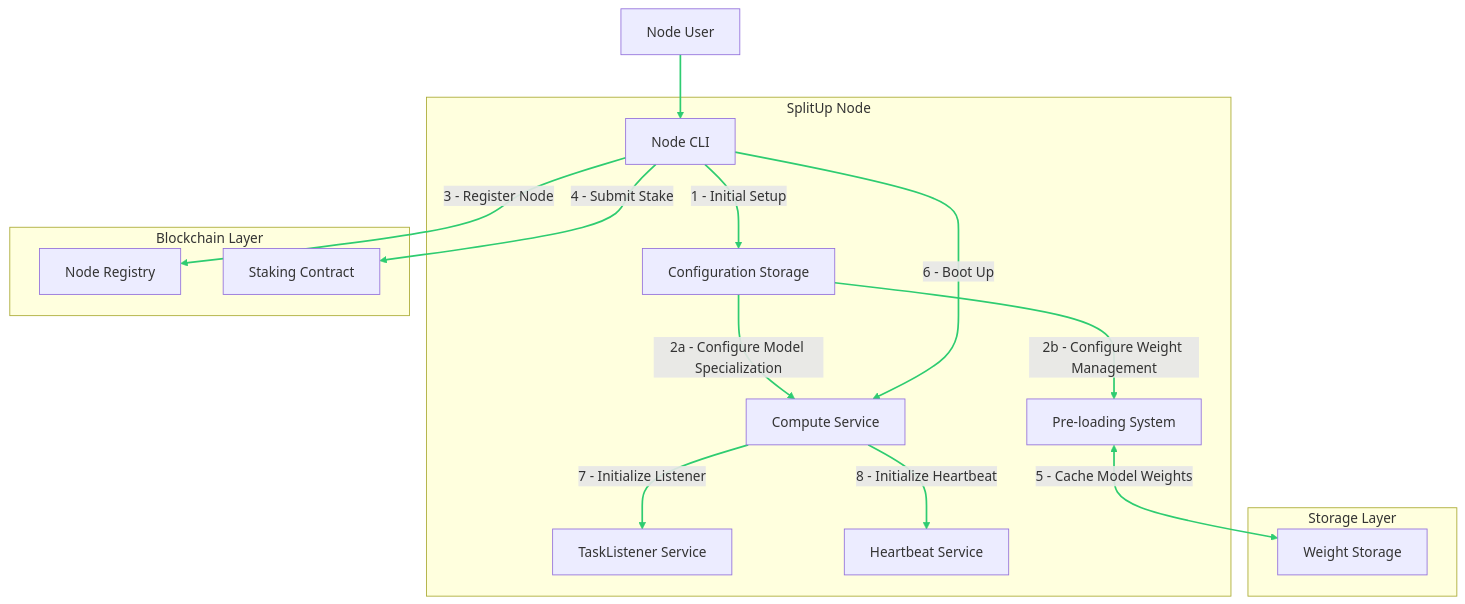
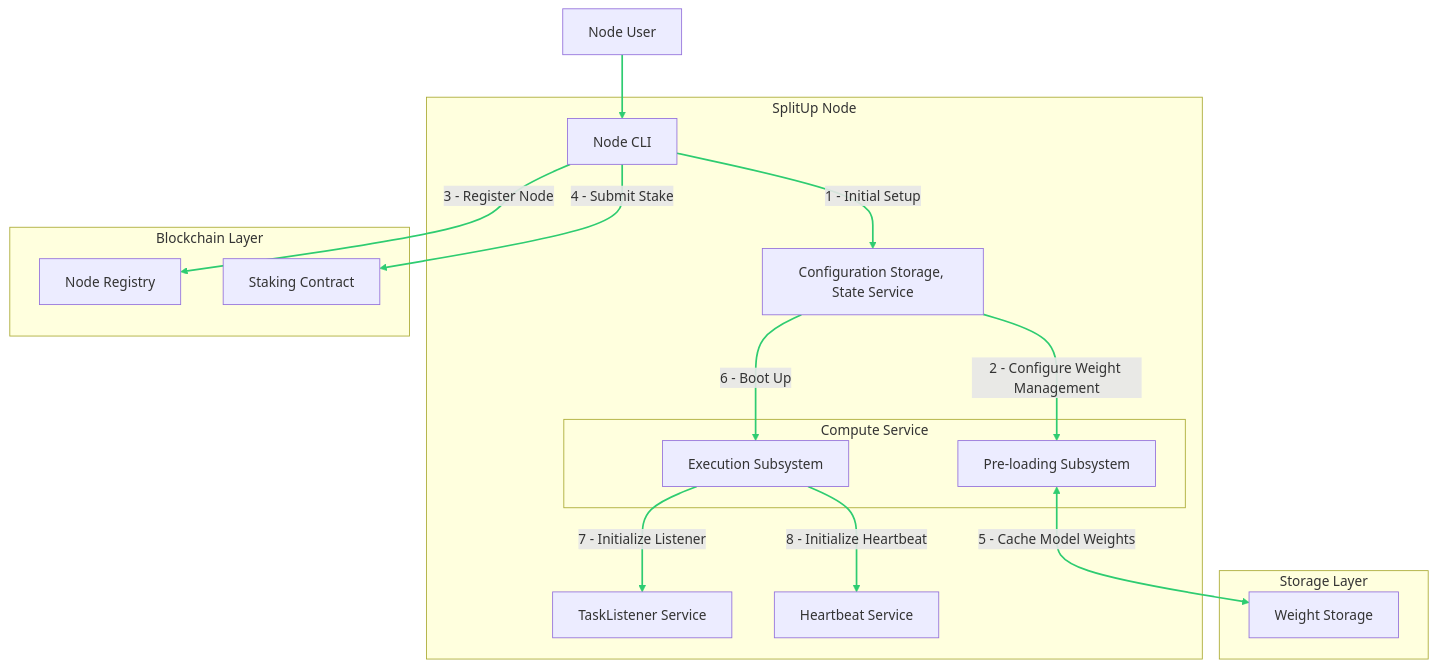
The third of 6 diagrams in system_diagrams/main.md (ToxicPine/planning-win), drawn with Mermaid before and after one commit. The commit also changed other lines of this file and 13 other files, not shown here.

````diff
--- a/system_diagrams/main.md
+++ b/system_diagrams/main.md
@@ -214,44 +214,45 @@
 ```mermaid
 flowchart TD
     %% Node user
     NodeUser[Node User]
     
     %% Node components
     subgraph "SplitUp Node"
         NM[Node CLI]
-        CF[Configuration Storage]
-        CS[Compute Service]
-        PS[Pre-loading System]
+        CF[Configuration Storage, State Service]
+        subgraph "Compute Service"
+            PR[Pre-loading Subsystem]
+            ES[Execution Subsystem]
+        end
         TL[TaskListener Service]
         HS[Heartbeat Service]
     end
     
     %% Blockchain contracts
     subgraph "Blockchain Layer"
         NR[Node Registry]
         SC[Staking Contract]
     end
     
     %% Storage
     subgraph "Storage Layer"
         WS[Weight Storage]
     end
     
     %% NODE REGISTRATION FLOW (GREEN)
     NodeUser --> NM
     NM -->|"1 - Initial Setup"| CF
-    CF -->|"2a - Configure Model Specialization"| CS
-    CF -->|"2b - Configure Weight Management"| PS
+    CF -->|"2 - Configure Weight Management"| PR
     NM -->|"3 - Register Node"| NR
     NM -->|"4 - Submit Stake"| SC
-    PS <-->|"5 - Cache Model Weights"| WS
-    NM -->|"6 - Boot Up"| CS
-    CS -->|"7 - Initialize Listener"| TL
-    CS -->|"8 - Initialize Heartbeat"| HS
+    PR <-->|"5 - Cache Model Weights"| WS
+    CF -->|"6 - Boot Up"| ES
+    ES -->|"7 - Initialize Listener"| TL
+    ES -->|"8 - Initialize Heartbeat"| HS
     
     %% Style all relationships with green color
-    linkStyle 0,1,2,3,4,5,6,7,8,9 stroke:#2ecc71,stroke-width:2;
+    linkStyle 0,1,2,3,4,5,6,7,8 stroke:#2ecc71,stroke-width:2;
     
     classDef greenFlow fill:#2ecc71,stroke:#27ae60,color:white;
     class NodeRegistration greenFlow;
 ```
````
